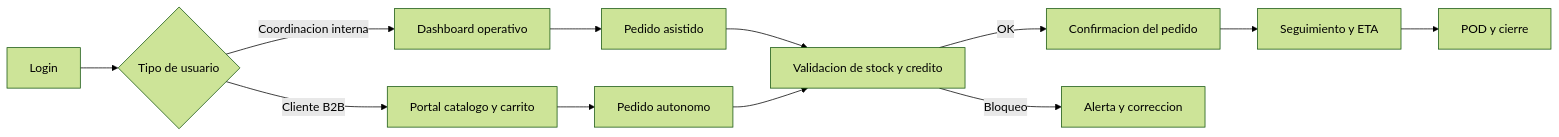
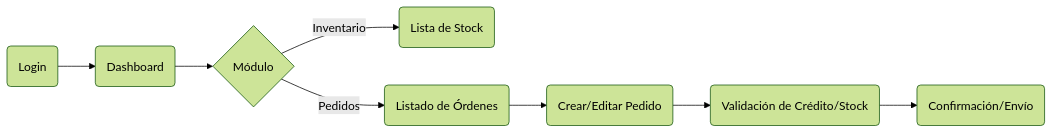
Before and after one commit to upc-pre-202610-1asi0730-12242-king/nexa-ecosystem-report: the second of 3 diagrams in report/40-chapter-4-product-design/4-4-web-applications-ux-ui-design.md, drawn with Mermaid (forest theme). The commit also changed other lines of this file and 16 other files, not shown here.

````diff
--- a/report/40-chapter-4-product-design/4-4-web-applications-ux-ui-design.md
+++ b/report/40-chapter-4-product-design/4-4-web-applications-ux-ui-design.md
@@ -124,14 +42,10 @@
 ```mermaid
 graph LR
-    A[Login] --> B{Tipo de usuario}
-    B -->|Coordinacion interna| C[Dashboard operativo]
-    B -->|Cliente B2B| D[Portal catalogo y carrito]
-    C --> E[Pedido asistido]
-    D --> F[Pedido autonomo]
-    E --> G[Validacion de stock y credito]
-    F --> G
-    G -->|OK| H[Confirmacion del pedido]
-    G -->|Bloqueo| I[Alerta y correccion]
-    H --> J[Seguimiento y ETA]
-    J --> K[POD y cierre]
+    A(Login) --> B(Dashboard)
+    B --> C{Módulo}
+    C -->|Inventario| D(Lista de Stock)
+    C -->|Pedidos| E(Listado de Órdenes)
+    E --> F(Crear/Editar Pedido)
+    F --> G(Validación de Crédito/Stock)
+    G --> H(Confirmación/Envío)
 ```
````
